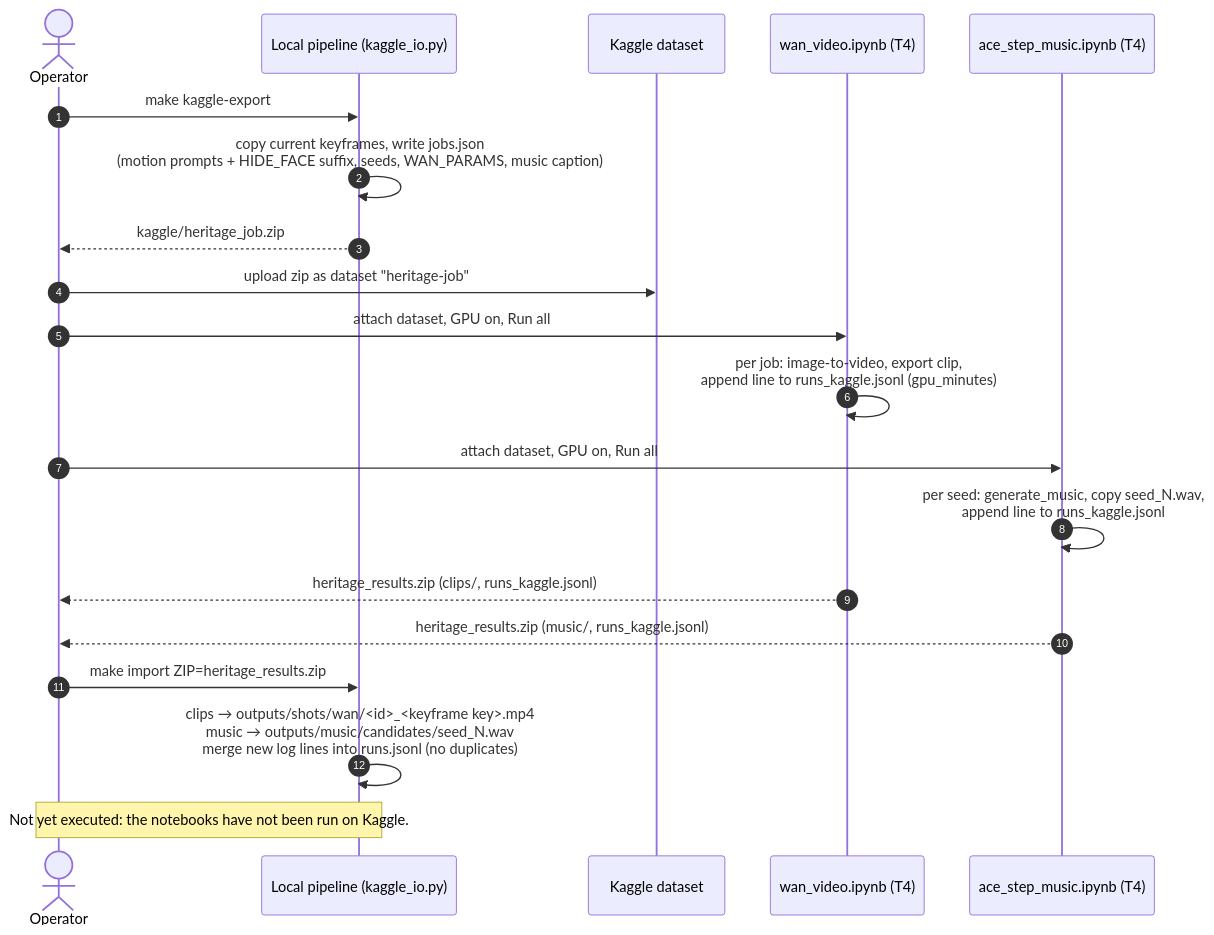
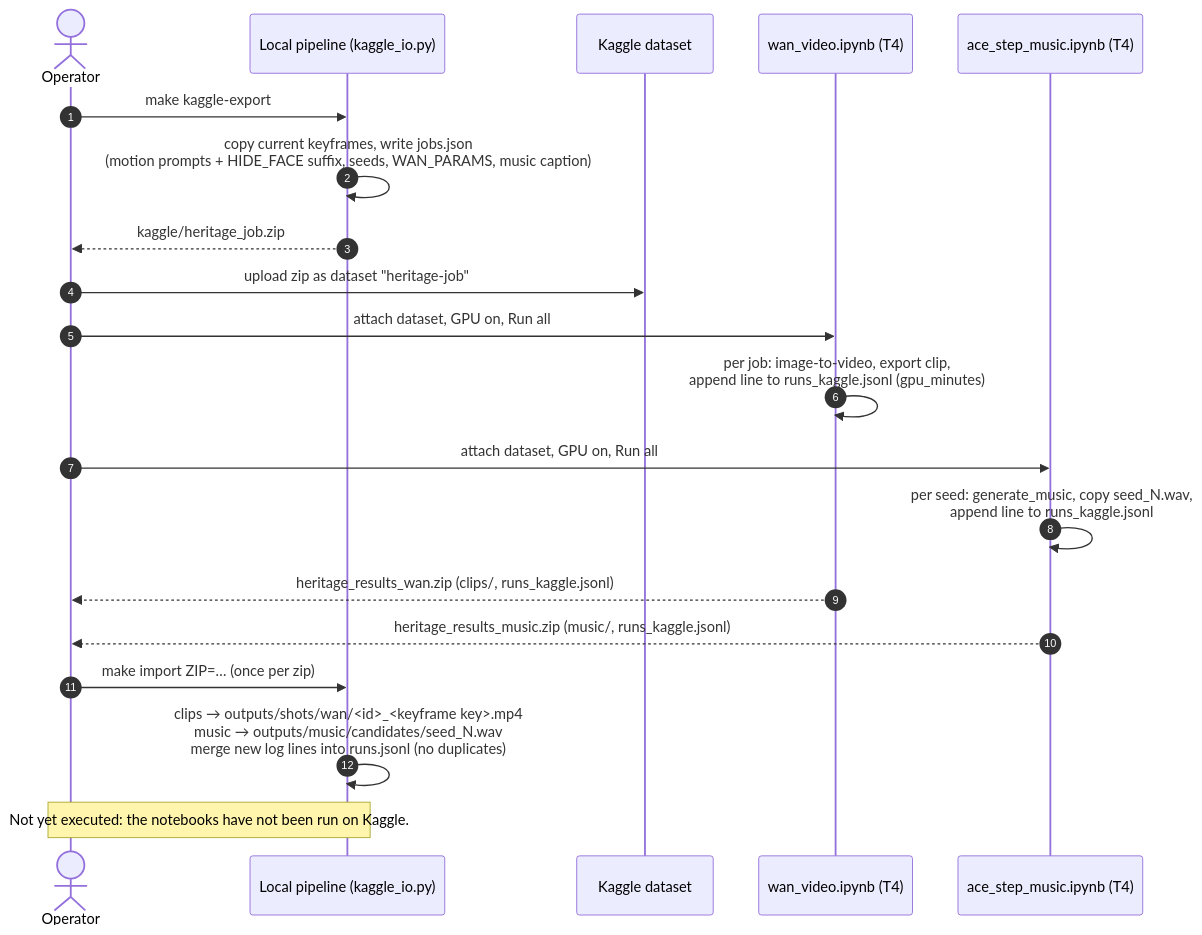
Before and after one commit to Yaredo48/heritage-short: the diagram in docs/technical/diagrams/kaggle.mmd, drawn with Mermaid. The commit also changed 16 other files, not shown here.

First line of the commit message:
Kaggle notebooks: fix ACE-Step seeds, init checks and install; pin diffusers Wan I2V

```diff
--- a/docs/technical/diagrams/kaggle.mmd
+++ b/docs/technical/diagrams/kaggle.mmd
@@ -1,20 +1,20 @@
 sequenceDiagram
   autonumber
   actor U as Operator
   participant P as Local pipeline (kaggle_io.py)
   participant D as Kaggle dataset
   participant W as wan_video.ipynb (T4)
   participant A as ace_step_music.ipynb (T4)
   U->>P: make kaggle-export
   P->>P: copy current keyframes, write jobs.json<br/>(motion prompts + HIDE_FACE suffix, seeds, WAN_PARAMS, music caption)
   P-->>U: kaggle/heritage_job.zip
   U->>D: upload zip as dataset "heritage-job"
   U->>W: attach dataset, GPU on, Run all
   W->>W: per job: image-to-video, export clip,<br/>append line to runs_kaggle.jsonl (gpu_minutes)
   U->>A: attach dataset, GPU on, Run all
   A->>A: per seed: generate_music, copy seed_N.wav,<br/>append line to runs_kaggle.jsonl
-  W-->>U: heritage_results.zip (clips/, runs_kaggle.jsonl)
-  A-->>U: heritage_results.zip (music/, runs_kaggle.jsonl)
-  U->>P: make import ZIP=heritage_results.zip
+  W-->>U: heritage_results_wan.zip (clips/, runs_kaggle.jsonl)
+  A-->>U: heritage_results_music.zip (music/, runs_kaggle.jsonl)
+  U->>P: make import ZIP=… (once per zip)
   P->>P: clips → outputs/shots/wan/<id>_<keyframe key>.mp4<br/>music → outputs/music/candidates/seed_N.wav<br/>merge new log lines into runs.jsonl (no duplicates)
   Note over U,P: Not yet executed: the notebooks have not been run on Kaggle.
```
